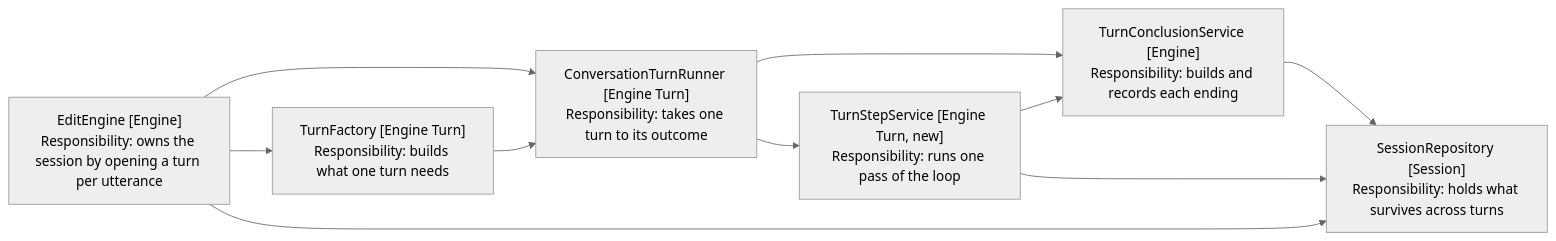
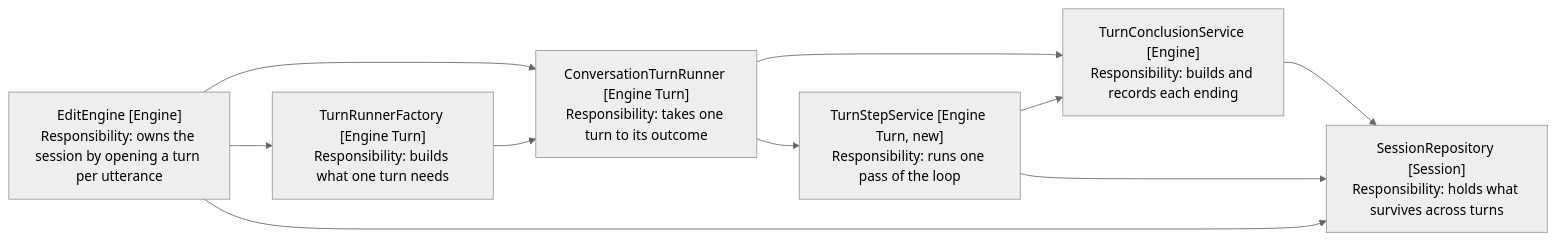
One commit to iparips/obsidian-owl changed the first of 2 diagrams in docs/spec/17-layering/5-design-self-running-turn.md. Above: the diagram before and after it, drawn with Mermaid (neutral theme). The commit also changed other lines of this file and 5 other files, not shown here.

````diff
--- a/docs/spec/17-layering/5-design-self-running-turn.md
+++ b/docs/spec/17-layering/5-design-self-running-turn.md
@@ -34,19 +34,19 @@
 ```mermaid
 flowchart LR
     EditEngine["EditEngine [Engine]<br/>Responsibility: owns the session by opening a turn per utterance"]
-    Factory["TurnFactory [Engine Turn]<br/>Responsibility: builds what one turn needs"]
+    Factory["TurnRunnerFactory [Engine Turn]<br/>Responsibility: builds what one turn needs"]
     Turn["ConversationTurnRunner [Engine Turn]<br/>Responsibility: takes one turn to its outcome"]
     StepService["TurnStepService [Engine Turn, new]<br/>Responsibility: runs one pass of the loop"]
     Conclusion["TurnConclusionService [Engine]<br/>Responsibility: builds and records each ending"]
     Session["SessionRepository [Session]<br/>Responsibility: holds what survives across turns"]
 
     EditEngine --> Factory
     EditEngine --> Turn
     Factory --> Turn
     Turn --> StepService
     Turn --> Conclusion
     StepService --> Conclusion
     Conclusion --> Session
     StepService --> Session
     EditEngine --> Session
 ```
````
